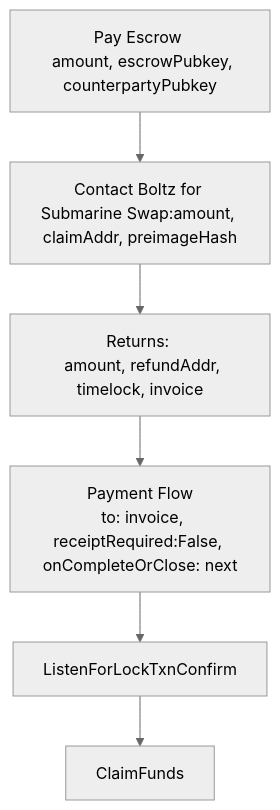
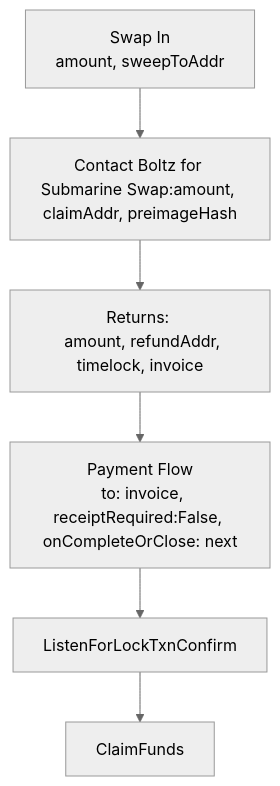
Before and after one commit to sudonym-btc/hostr: the third of 4 diagrams in app/README.md, drawn with Mermaid (neutral theme). The commit also changed other lines of this file and 74 other files, not shown here.

````diff
--- a/app/README.md
+++ b/app/README.md
@@ -120,14 +268,13 @@
 ```mermaid
 flowchart TD
-  PayEscrow[Pay Escrow 
-  amount, escrowPubkey, counterpartyPubkey]
-  ContactBoltz[Contact Boltz for Submarine Swap:amount, claimAddr, preimageHash]
-  PayEscrow-->ContactBoltz
+  SwapIn[Swap In
+  amount, sweepToAddr]
+  -->ContactBoltz[Contact Boltz for Submarine Swap:amount, claimAddr, preimageHash]
   ContactBoltz-->SwapDetails[Returns: 
   amount, refundAddr, timelock, invoice]
   SwapDetails-->PaymentFlow[Payment Flow
   to: invoice, receiptRequired:False, onCompleteOrClose: next]
   PaymentFlow-->ListenForLockTxnConfirm
   ListenForLockTxnConfirm-->ClaimFunds
   ClaimFunds
 ```
````
